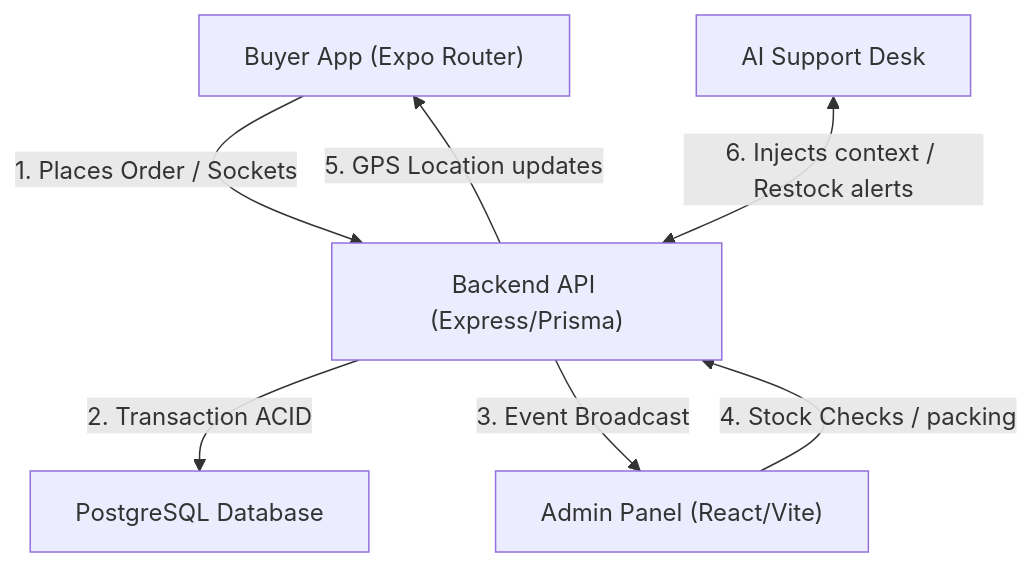
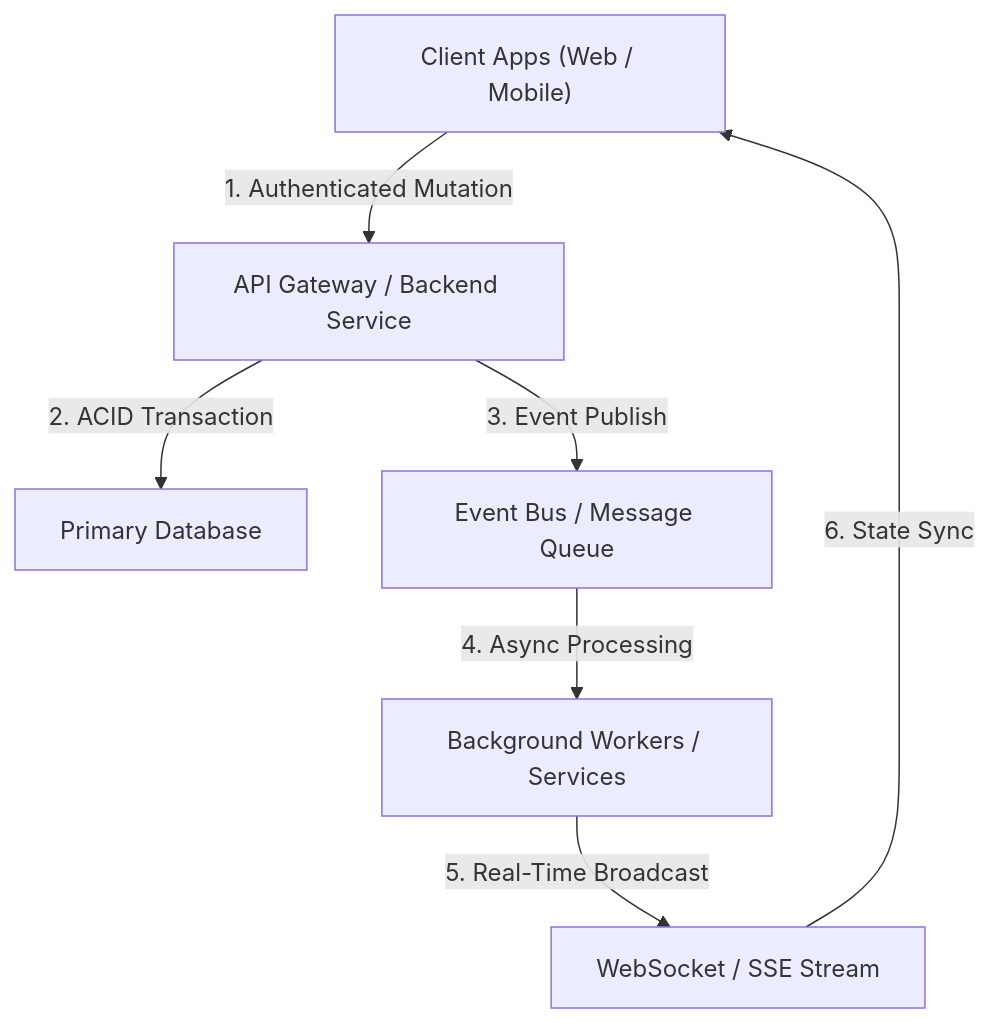
Before and after one commit to NastaFour/skillsGV: the diagram in 01-planning-process/application-workflow/SKILL.md, drawn with Mermaid. The commit also changed other lines of this file and 19 other files, not shown here.

````diff
--- a/01-planning-process/application-workflow/SKILL.md
+++ b/01-planning-process/application-workflow/SKILL.md
@@ -17,9 +17,9 @@
 ```mermaid
 flowchart TD
-    A["Buyer App (Expo Router)"] -->|1. Places Order / Sockets| B["Backend API (Express/Prisma)"]
-    B -->|2. Transaction ACID| C[PostgreSQL Database]
-    B -->|3. Event Broadcast| D["Admin Panel (React/Vite)"]
-    D -->|4. Stock Checks / packing| B
-    B -->|5. GPS Location updates| A
-    E["AI Support Desk"] <-->|6. Injects context / Restock alerts| B
+    A["Client Apps (Web / Mobile)"] -->|1. Authenticated Mutation| B["API Gateway / Backend Service"]
+    B -->|2. ACID Transaction| C["Primary Database"]
+    B -->|3. Event Publish| D["Event Bus / Message Queue"]
+    D -->|4. Async Processing| E["Background Workers / Services"]
+    E -->|5. Real-Time Broadcast| F["WebSocket / SSE Stream"]
+    F -->|6. State Sync| A
 ```
````
